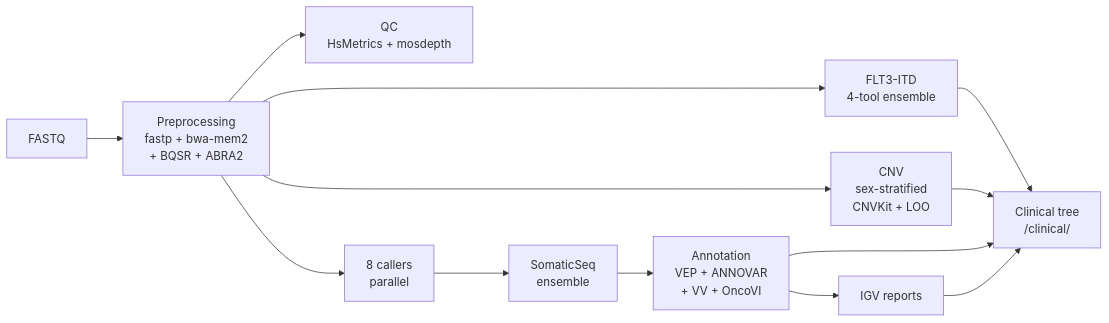
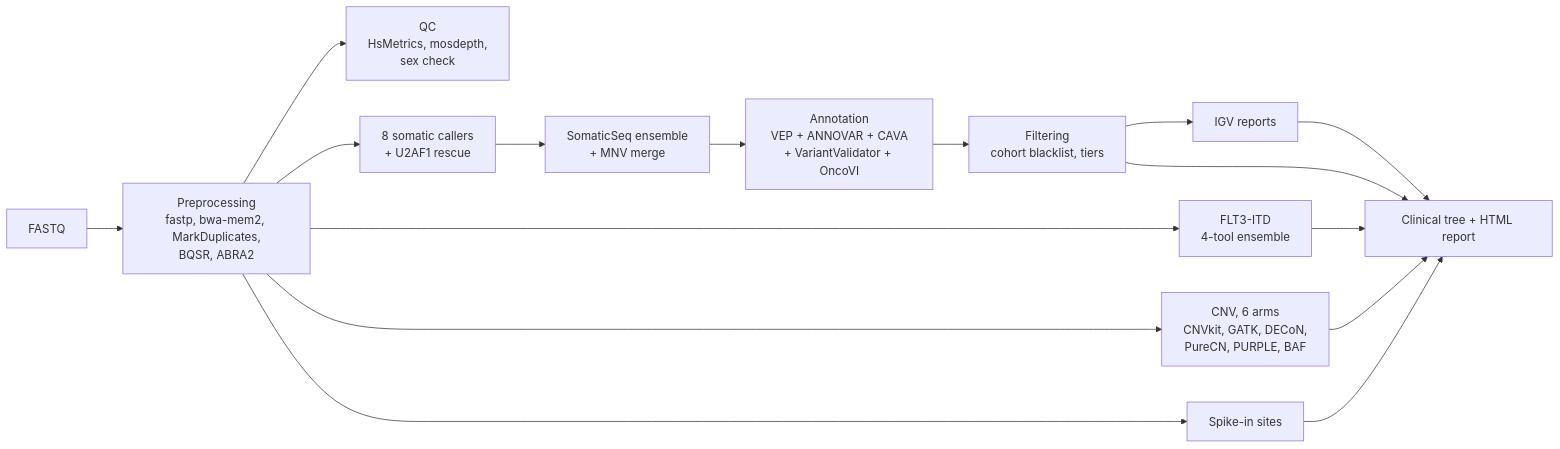
One commit to patkarlab/nf-core-tspipe changed the diagram in README.md. Above: the diagram before and after it, drawn with Mermaid. The commit also changed other lines of this file, not shown here.

First line of the commit message:
docs: rewrite README for the v1.0.0 clinical release

````diff
--- a/README.md
+++ b/README.md
@@ -40,15 +45,18 @@
 ```mermaid
 flowchart LR
-    A[FASTQ] --> B[Preprocessing<br/>fastp + bwa-mem2<br/>+ BQSR + ABRA2]
-    B --> C[QC<br/>HsMetrics + mosdepth]
-    B --> D[8 callers<br/>parallel]
-    D --> E[SomaticSeq<br/>ensemble]
+    A[FASTQ] --> B[Preprocessing<br/>fastp, bwa-mem2, MarkDuplicates,<br/>BQSR, ABRA2]
+    B --> C[QC<br/>HsMetrics, mosdepth,<br/>sex check]
+    B --> D[8 somatic callers<br/>+ U2AF1 rescue]
+    D --> E[SomaticSeq ensemble<br/>+ MNV merge]
     B --> F[FLT3-ITD<br/>4-tool ensemble]
-    B --> G[CNV<br/>sex-stratified<br/>CNVKit + LOO]
-    E --> H[Annotation<br/>VEP + ANNOVAR<br/>+ VV + OncoVI]
-    H --> I[IGV reports]
-    F --> J[Clinical tree<br/>/clinical/]
-    G --> J
-    H --> J
-    I --> J
+    B --> G[CNV, 6 arms<br/>CNVkit, GATK, DECoN,<br/>PureCN, PURPLE, BAF]
+    E --> H[Annotation<br/>VEP + ANNOVAR + CAVA<br/>+ VariantValidator + OncoVI]
+    H --> I[Filtering<br/>cohort blacklist, tiers]
+    I --> J[IGV reports]
+    B --> K[Spike-in sites]
+    I --> L[Clinical tree + HTML report]
+    F --> L
+    G --> L
+    J --> L
+    K --> L
 ```
````
